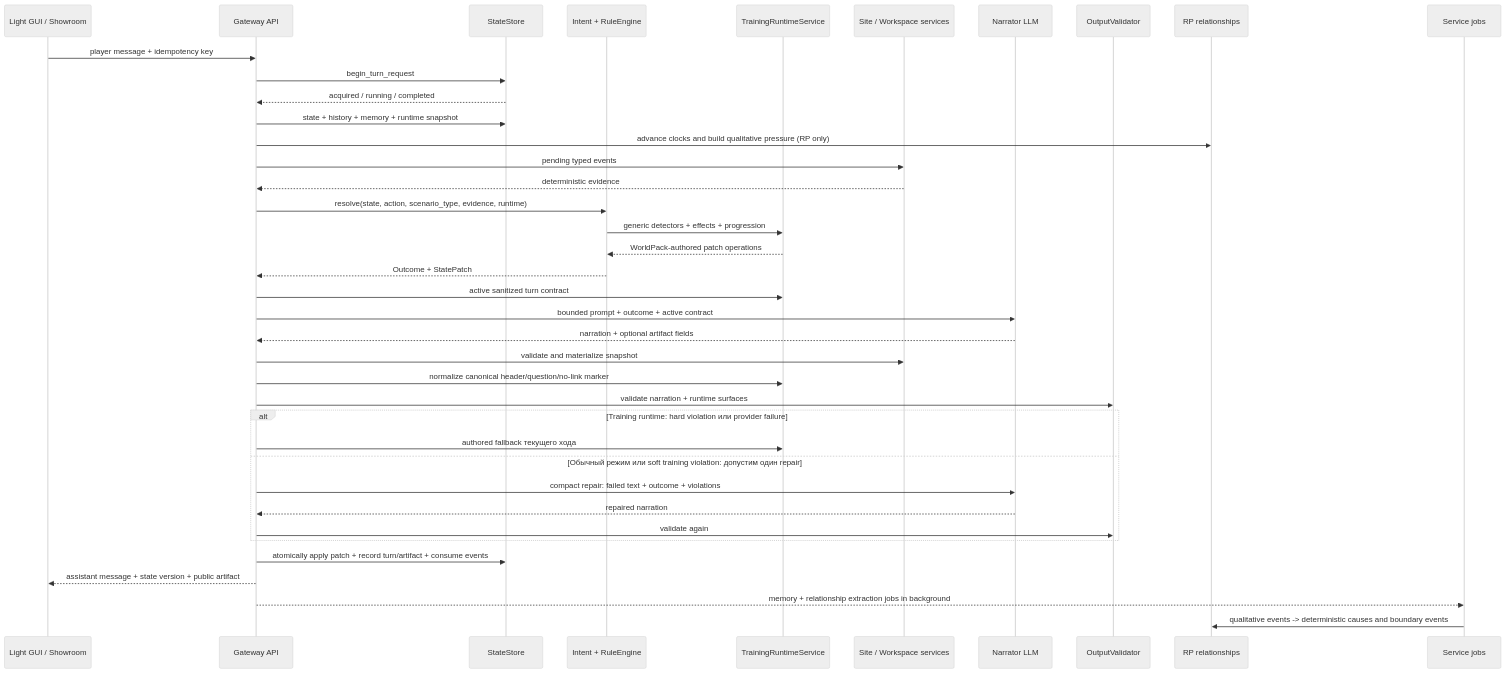
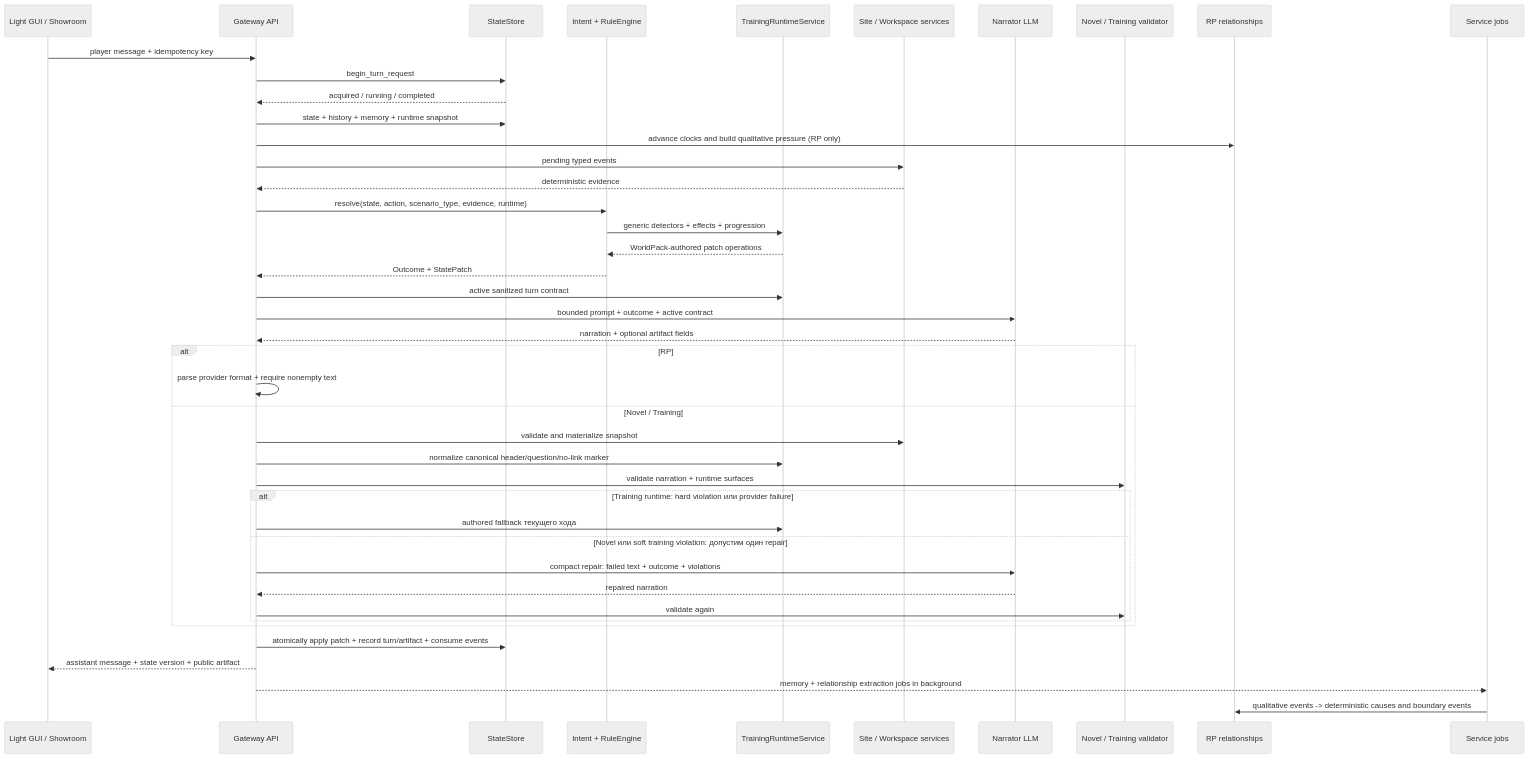
One commit to abykovwww-byte/ubuntu_ansible_palybooks changed the first of 2 diagrams in docs/wiki/03-turn-lifecycle.md. Above: the diagram before and after it, drawn with Mermaid (neutral theme). The commit also changed other lines of this file and 5 other files, not shown here.

````diff
--- a/docs/wiki/03-turn-lifecycle.md
+++ b/docs/wiki/03-turn-lifecycle.md
@@ -7,42 +7,46 @@
 ```mermaid
 sequenceDiagram
     participant UI as Light GUI / Showroom
     participant API as Gateway API
     participant Store as StateStore
     participant Rules as Intent + RuleEngine
     participant Runtime as TrainingRuntimeService
     participant Art as Site / Workspace services
     participant LLM as Narrator LLM
-    participant Val as OutputValidator
+    participant Val as Novel / Training validator
     participant Rel as RP relationships
     participant Jobs as Service jobs
 
     UI->>API: player message + idempotency key
     API->>Store: begin_turn_request
     Store-->>API: acquired / running / completed
     API->>Store: state + history + memory + runtime snapshot
     API->>Rel: advance clocks and build qualitative pressure (RP only)
     API->>Art: pending typed events
     Art-->>API: deterministic evidence
     API->>Rules: resolve(state, action, scenario_type, evidence, runtime)
     Rules->>Runtime: generic detectors + effects + progression
     Runtime-->>Rules: WorldPack-authored patch operations
     Rules-->>API: Outcome + StatePatch
     API->>Runtime: active sanitized turn contract
     API->>LLM: bounded prompt + outcome + active contract
     LLM-->>API: narration + optional artifact fields
-    API->>Art: validate and materialize snapshot
-    API->>Runtime: normalize canonical header/question/no-link marker
-    API->>Val: validate narration + runtime surfaces
-    alt Training runtime: hard violation или provider failure
-        API->>Runtime: authored fallback текущего хода
-    else Обычный режим или soft training violation: допустим один repair
-        API->>LLM: compact repair: failed text + outcome + violations
-        LLM-->>API: repaired narration
-        API->>Val: validate again
+    alt RP
+        API->>API: parse provider format + require nonempty text
+    else Novel / Training
+        API->>Art: validate and materialize snapshot
+        API->>Runtime: normalize canonical header/question/no-link marker
+        API->>Val: validate narration + runtime surfaces
+        alt Training runtime: hard violation или provider failure
+            API->>Runtime: authored fallback текущего хода
+        else Novel или soft training violation: допустим один repair
+            API->>LLM: compact repair: failed text + outcome + violations
+            LLM-->>API: repaired narration
+            API->>Val: validate again
+        end
     end
     API->>Store: atomically apply patch + record turn/artifact + consume events
     API-->>UI: assistant message + state version + public artifact
     API-->>Jobs: memory + relationship extraction jobs in background
     Jobs->>Rel: qualitative events -> deterministic causes and boundary events
 ```
````
